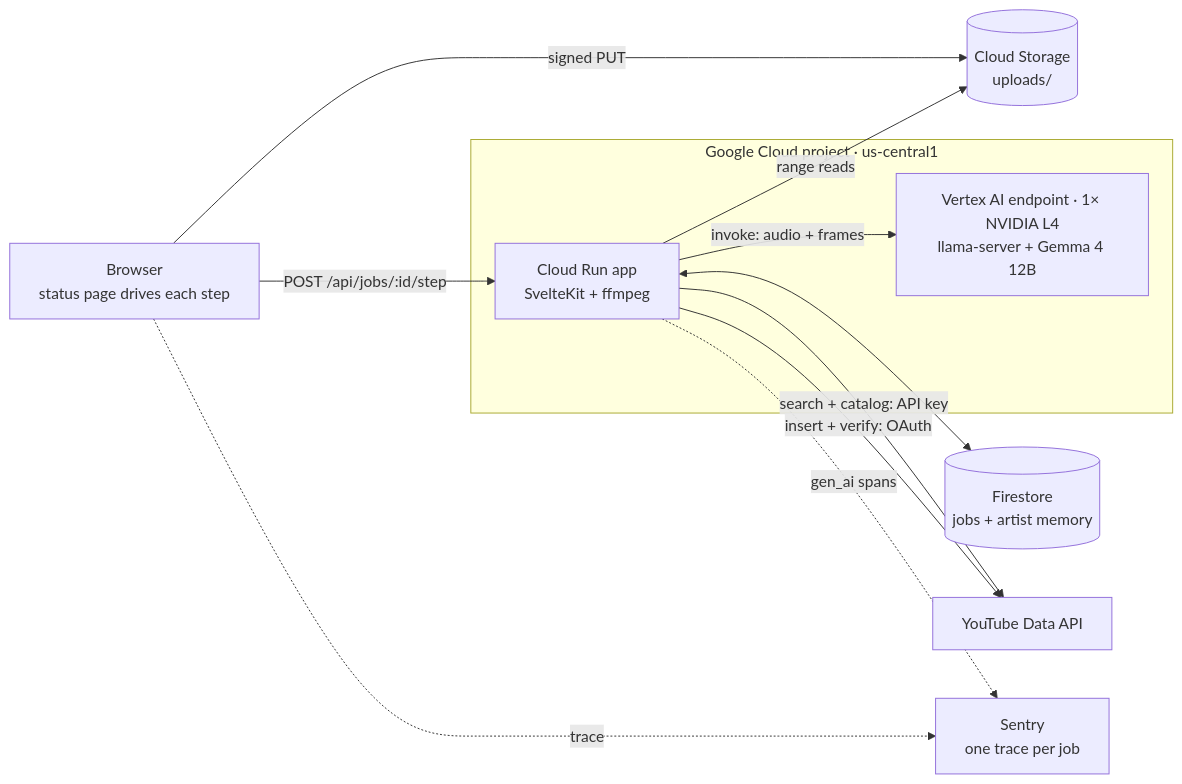
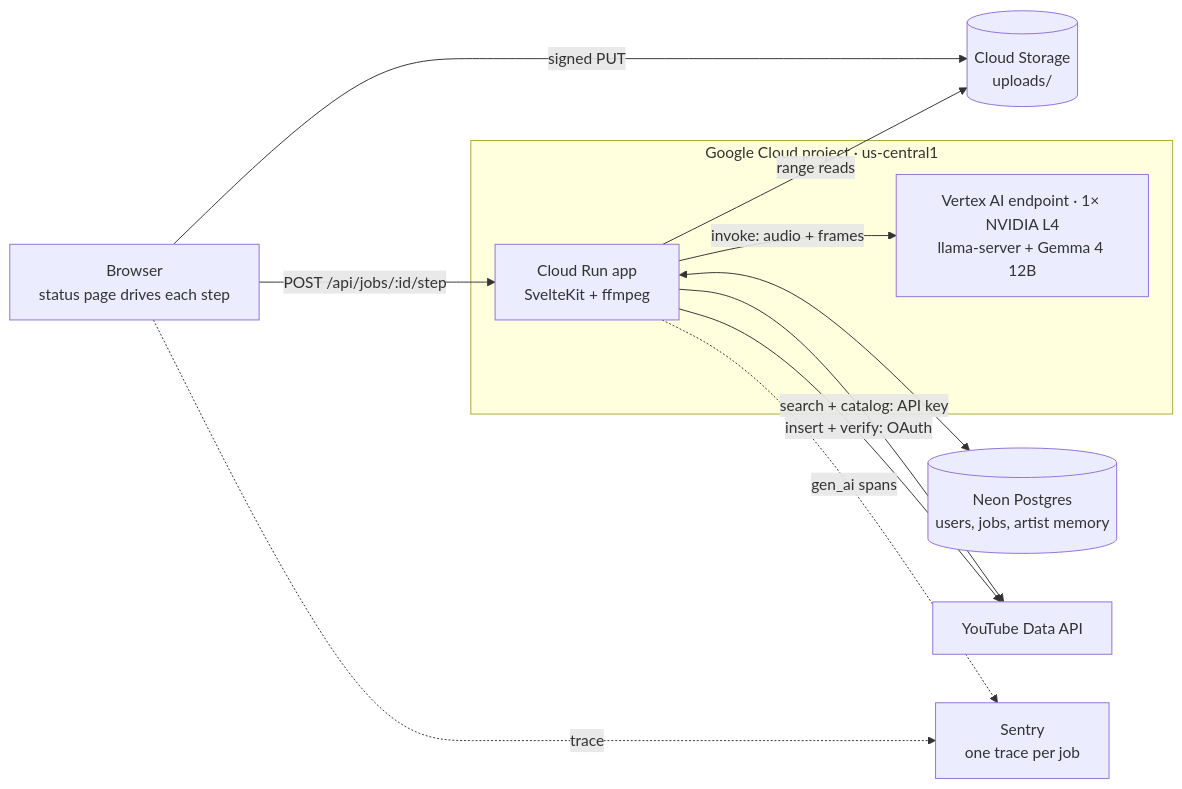
One commit to anchildress1/soundboard changed the diagram in README.md. Above: the diagram before and after it, drawn with Mermaid. The commit also changed other lines of this file and 207 other files, not shown here.

````diff
--- a/README.md
+++ b/README.md
@@ -88,27 +87,27 @@
 ```mermaid
 %%{init: {"theme": "default"}}%%
 flowchart LR
   accTitle: Soundboard architecture
-  accDescr: The browser uploads the video to Cloud Storage, then drives the pipeline one step at a time through the SvelteKit app. The app runs ffmpeg, calls Gemma on llama-server behind a Vertex AI endpoint, stores state in Firestore, reads YouTube with an API key, uploads with OAuth, and sends traces to Sentry.
+  accDescr: The browser uploads the video to Cloud Storage, then drives the pipeline one step at a time through the SvelteKit app. The app runs ffmpeg, calls Gemma on llama-server behind a Vertex AI endpoint, stores state in Neon Postgres, reads YouTube with an API key, uploads with OAuth, and sends traces to Sentry.
 
   B["Browser<br/>status page drives each step"]
   GCS[("Cloud Storage<br/>uploads/")]
-  FS[("Firestore<br/>jobs + artist memory")]
+  DB[("Neon Postgres<br/>users, jobs, artist memory")]
   YT["YouTube Data API"]
   S["Sentry<br/>one trace per job"]
 
   subgraph GCP["Google Cloud project · us-central1"]
     APP["Cloud Run app<br/>SvelteKit + ffmpeg"]
     LLM["Vertex AI endpoint · 1× NVIDIA L4<br/>llama-server + Gemma 4 12B"]
   end
 
   B -- "signed PUT" --> GCS
   B -- "POST /api/jobs/:id/step" --> APP
   APP -- "range reads" --> GCS
   APP -- "invoke: audio + frames" --> LLM
-  APP <--> FS
+  APP <--> DB
   APP -- "search + catalog: API key" --> YT
   APP -- "insert + verify: OAuth" --> YT
   B -. "trace" .-> S
   APP -. "gen_ai spans" .-> S
 ```
````
